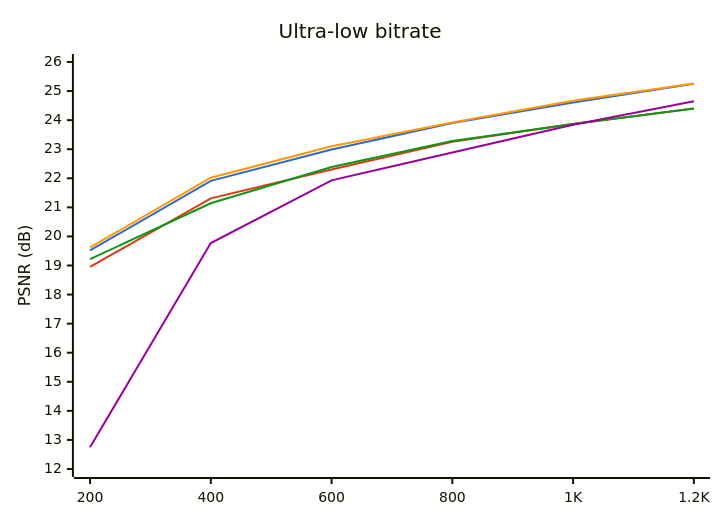
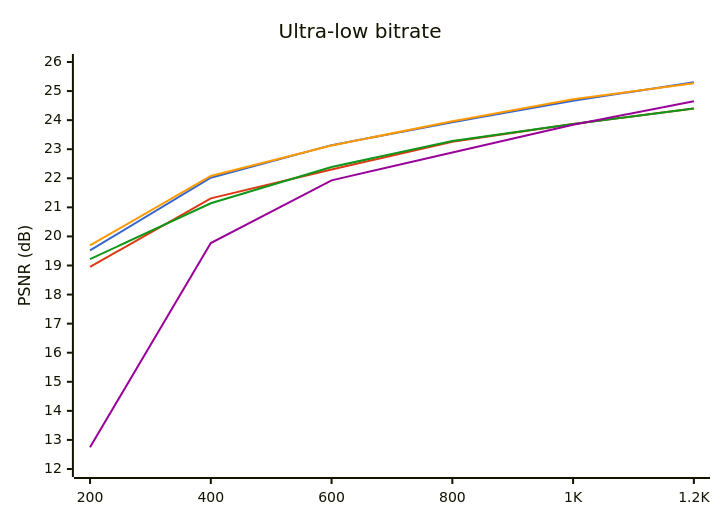
One commit to lieff/miniwtpc changed the first of 2 diagrams in results.md. Above: the diagram before and after it, drawn with Mermaid. The commit also changed other lines of this file and 25 other files, not shown here.

````diff
--- a/results.md
+++ b/results.md
@@ -12,12 +12,12 @@
 ```mermaid
 %%{init: {"themeVariables": {"xyChart": {"plotColorPalette": "#3366cc, #dc3912, #ff9900, #109618, #990099"}}}}%%
 xychart-beta
     title "Ultra-low bitrate"
     y-axis "PSNR (dB)" 12 --> 26
     x-axis ["200", "400", "600", "800", "1K", "1.2K"]
-    line "WTPC EBC" [19.52, 21.91, 22.99, 23.90, 24.61, 25.25]
+    line "WTPC EBC" [19.52, 22.02, 23.14, 23.93, 24.67, 25.30]
     line "WTPC Huff" [18.95, 21.31, 22.30, 23.26, 23.87, 24.40]
-    line "W420 EBC" [19.62, 22.02, 23.10, 23.92, 24.67, 25.26]
+    line "W420 EBC" [19.69, 22.08, 23.13, 23.96, 24.72, 25.27]
     line "W420 Huff" [19.22, 21.14, 22.39, 23.28, 23.87, 24.40]
     line "JPEG2000" [12.75, 19.77, 21.93, 22.89, 23.84, 24.65]
 ```
````
